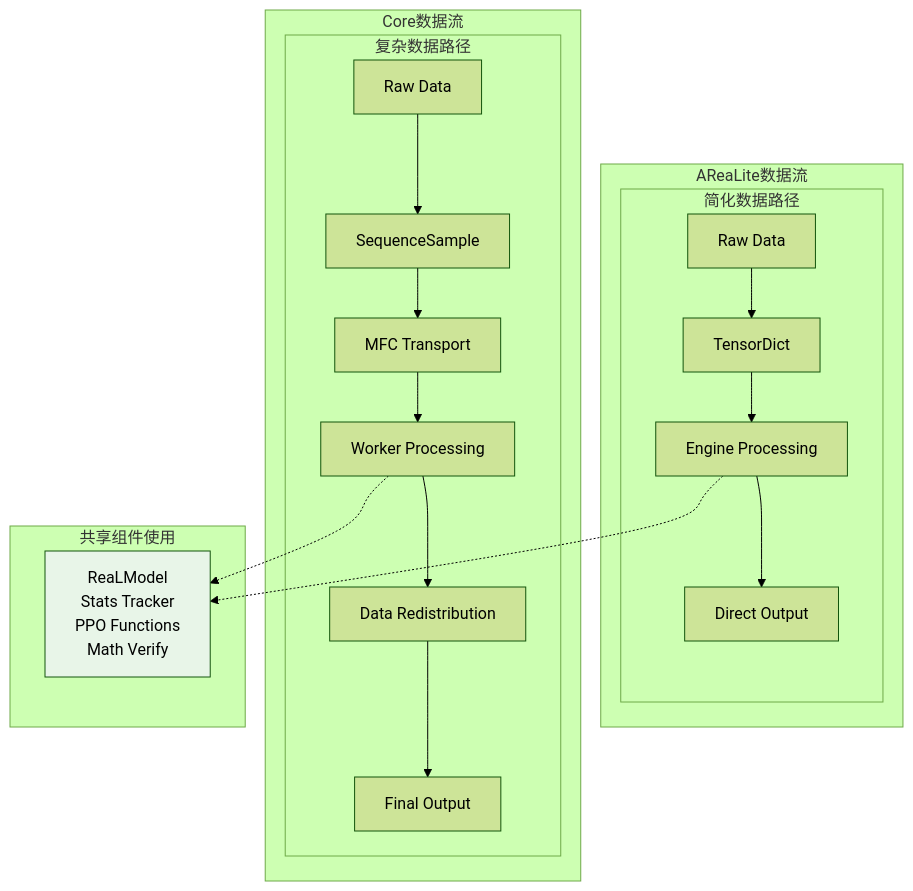
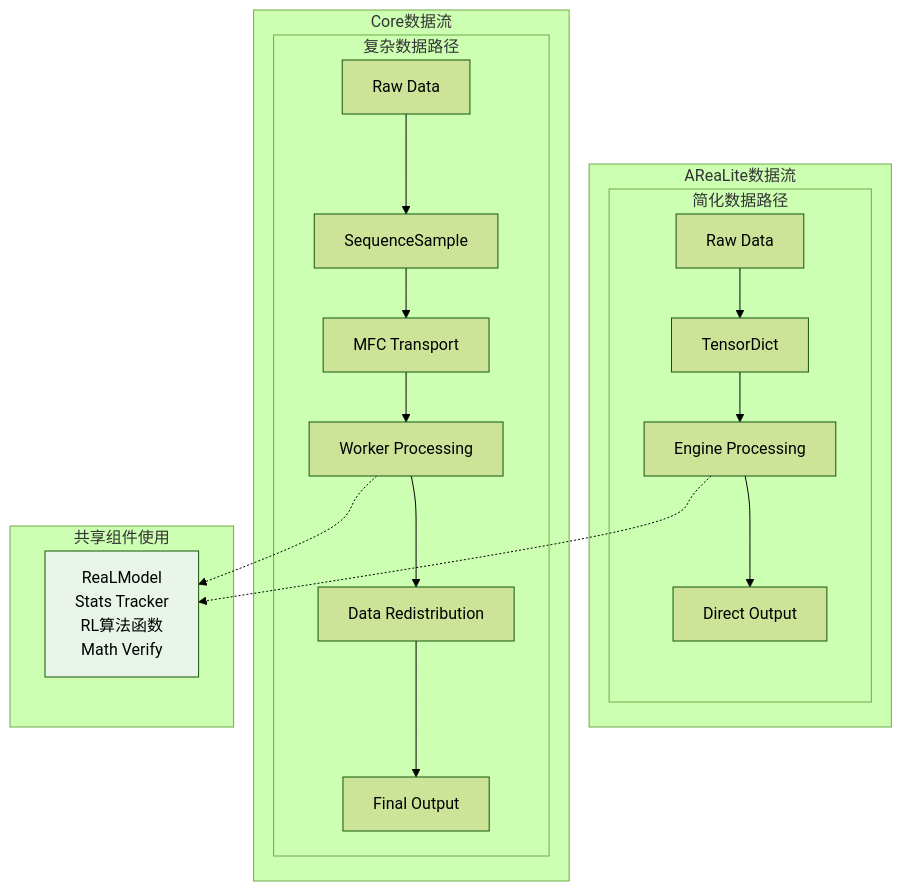
One commit to zhshgmail/AReaL changed the seventh of 9 diagrams in docs/architecture/shared_components.md. Above: the diagram before and after it, drawn with Mermaid (forest theme). The commit also changed other lines of this file and 12 other files, not shown here.

Commit message:
update architecture docs

````diff
--- a/docs/architecture/shared_components.md
+++ b/docs/architecture/shared_components.md
@@ -317,29 +318,29 @@
 ```mermaid
 graph TB
     subgraph "AReaLite数据流"
         subgraph "简化数据路径"
             A1[Raw Data] --> A2[TensorDict]
             A2 --> A3[Engine Processing]
             A3 --> A4[Direct Output]
         end
     end
     
     subgraph "Core数据流"  
         subgraph "复杂数据路径"
             C1[Raw Data] --> C2[SequenceSample]
             C2 --> C3[MFC Transport]
             C3 --> C4[Worker Processing]
             C4 --> C5[Data Redistribution] 
             C5 --> C6[Final Output]
         end
     end
     
     subgraph "共享组件使用"
-        SHARED[ReaLModel<br/>Stats Tracker<br/>PPO Functions<br/>Math Verify]
+        SHARED[ReaLModel<br/>Stats Tracker<br/>RL算法函数<br/>Math Verify]
         
         A3 -.-> SHARED
         C4 -.-> SHARED
     end
     
     style SHARED fill:#e8f5e8
 ```
````
